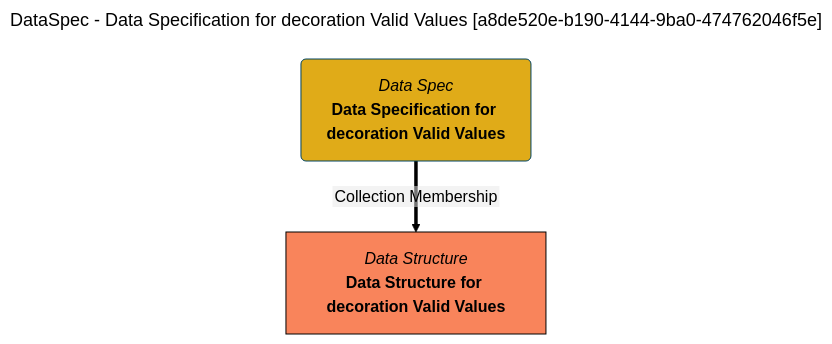
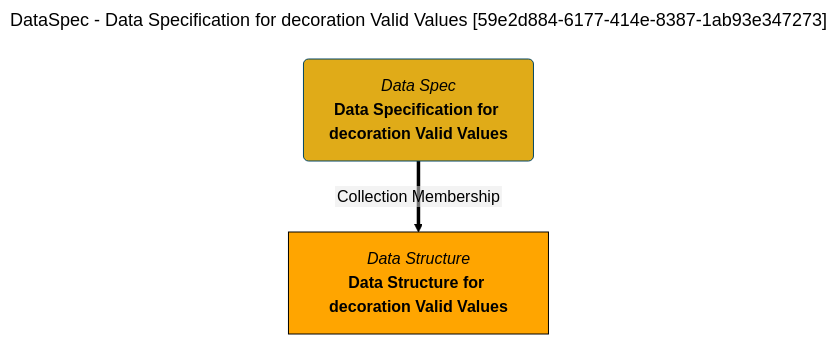
The diagram in site/snippets/collections/data-specs/data-specification-for-decoration-valid-values-mermaid-graph.md (odpi/egeria-docs), drawn with Mermaid (forest theme) before and after one commit. The commit also changed 2201 other files, not shown here.

````diff
--- a/site/snippets/collections/data-specs/data-specification-for-decoration-valid-values-mermaid-graph.md
+++ b/site/snippets/collections/data-specs/data-specification-for-decoration-valid-values-mermaid-graph.md
@@ -1,15 +1,15 @@
 ```mermaid
 ---
-title: DataSpec - Data Specification for decoration Valid Values [a8de520e-b190-4144-9ba0-474762046f5e]
+title: DataSpec - Data Specification for decoration Valid Values [59e2d884-6177-414e-8387-1ab93e347273]
 ---
 flowchart TD
 %%{init: {"flowchart": {"htmlLabels": false}} }%%
 
 1@{ shape: rounded, label: "*Data Spec*
 **Data Specification for decoration Valid Values**"}
 2@{ shape: rect, label: "*Data Structure*
 **Data Structure for decoration Valid Values**"}
 1==>|"Collection Membership"|2
 style 1 color:#000000, fill:#e0ab18, stroke:#004563
-style 2 color:#000000, fill:#f9845b, stroke:#000000
+style 2 color:#000000, fill:#FFA500, stroke:#000000
 ```
````
